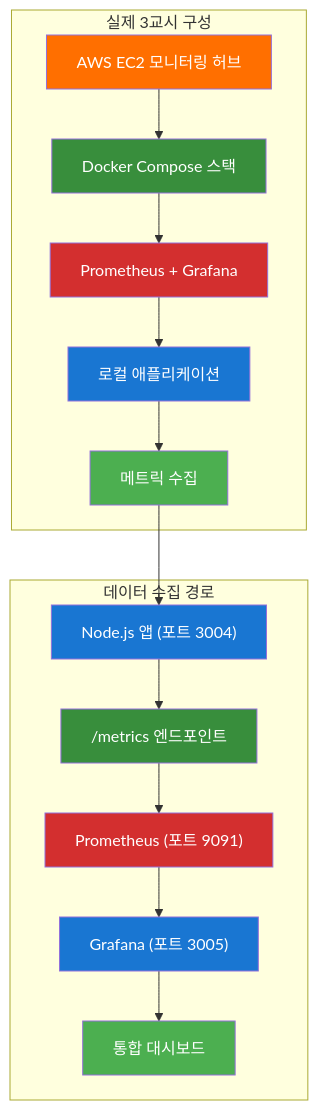
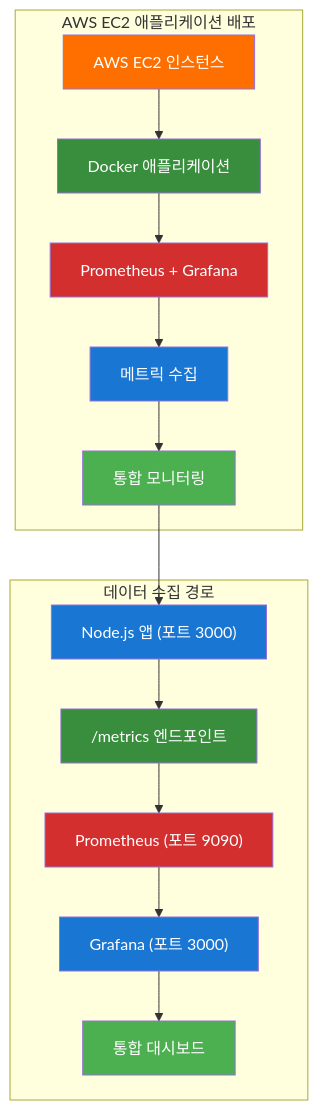
One commit to jungfrau70/mcp_cloud changed the first of 9 diagrams in mcp_knowledge_base/cloud_intermediate/lectures/day2/Day2_통합강의안_오후.md. Above: the diagram before and after it, drawn with Mermaid. The commit also changed other lines of this file and 27 other files, not shown here.

Commit message:
Update: 2025-10-01 06:17:00 - mcp_knowledge_base/.cursor/rules/automation-architecture.mdc and 27 more files

````diff
--- a/mcp_knowledge_base/cloud_intermediate/lectures/day2/Day2_통합강의안_오후.md
+++ b/mcp_knowledge_base/cloud_intermediate/lectures/day2/Day2_통합강의안_오후.md
@@ -24,29 +24,29 @@
 ```mermaid
 flowchart TD
-    subgraph "실제 3교시 구성"
-        A["AWS EC2 모니터링 허브"] --> B["Docker Compose 스택"]
+    subgraph "AWS EC2 애플리케이션 배포"
+        A["AWS EC2 인스턴스"] --> B["Docker 애플리케이션"]
         B --> C["Prometheus + Grafana"]
-        C --> D["로컬 애플리케이션"]
-        D --> E["메트릭 수집"]
+        C --> D["메트릭 수집"]
+        D --> E["통합 모니터링"]
     end
     
     subgraph "데이터 수집 경로"
-        F["Node.js 앱 (포트 3004)"] --> G["/metrics 엔드포인트"]
-        G --> H["Prometheus (포트 9091)"]
-        H --> I["Grafana (포트 3005)"]
+        F["Node.js 앱 (포트 3000)"] --> G["/metrics 엔드포인트"]
+        G --> H["Prometheus (포트 9090)"]
+        H --> I["Grafana (포트 3000)"]
         I --> J["통합 대시보드"]
     end
     
     E --> F
     
     style A fill:#ff6f00,color:#ffffff
     style B fill:#388e3c,color:#ffffff
     style C fill:#d32f2f,color:#ffffff
     style D fill:#1976d2,color:#ffffff
     style E fill:#4caf50,color:#ffffff
     style F fill:#1976d2,color:#ffffff
     style G fill:#388e3c,color:#ffffff
     style H fill:#d32f2f,color:#ffffff
     style I fill:#1976d2,color:#ffffff
     style J fill:#4caf50,color:#ffffff
 ```
````
